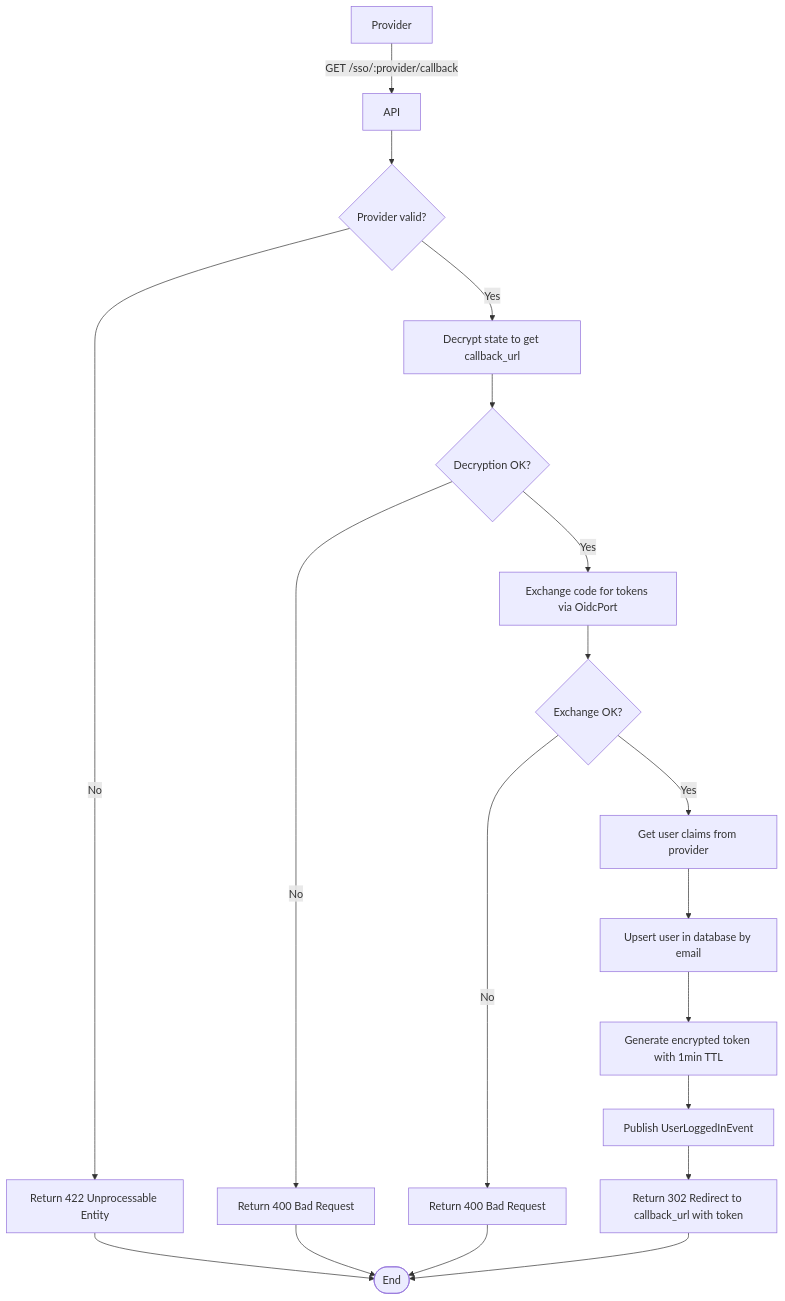
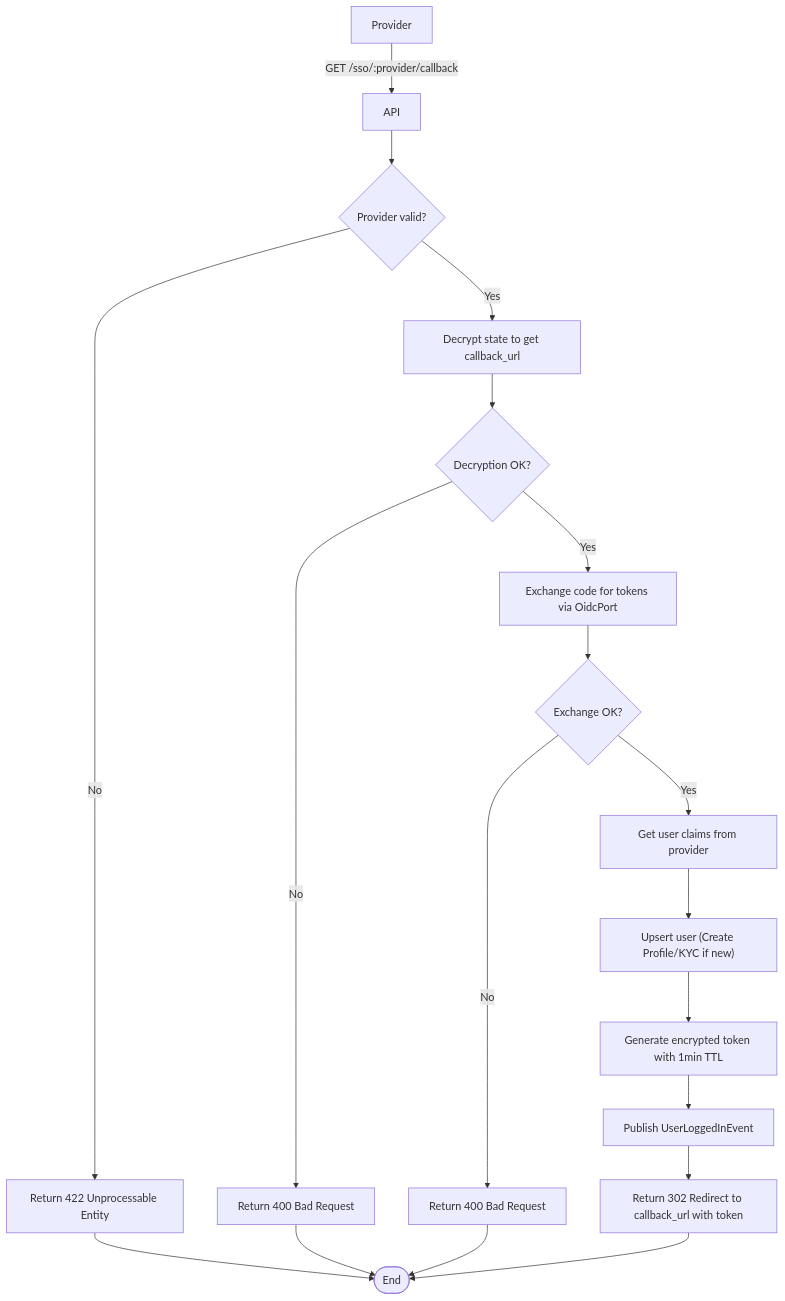
Before and after one commit to leandroluk/investor: the diagram in apps/doc/src/content/api/sso/sso-callback.mdx, drawn with Mermaid. The commit also changed 108 other files, not shown here.

````diff
--- a/apps/doc/src/content/api/sso/sso-callback.mdx
+++ b/apps/doc/src/content/api/sso/sso-callback.mdx
@@ -32,21 +32,21 @@
 ```mermaid
 flowchart TD
     A["Provider"] -- "GET /sso/:provider/callback" --> B["API"]
     B --> C{"Provider valid?"}
     C -- "No" --> D["Return 422 Unprocessable Entity"]
     D --> End([End])
     C -- "Yes" --> E["Decrypt state to get callback_url"]
     E --> F{"Decryption OK?"}
     F -- "No" --> G["Return 400 Bad Request"]
     G --> End
     F -- "Yes" --> H["Exchange code for tokens via OidcPort"]
     H --> I{"Exchange OK?"}
     I -- "No" --> J["Return 400 Bad Request"]
     J --> End
     I -- "Yes" --> K["Get user claims from provider"]
-    K --> L["Upsert user in database by email"]
+    K --> L["Upsert user (Create Profile/KYC if new)"]
     L --> M["Generate encrypted token with 1min TTL"]
     M --> N["Publish UserLoggedInEvent"]
     N --> O["Return 302 Redirect to callback_url with token"]
     O --> End([End])
 ```
````
